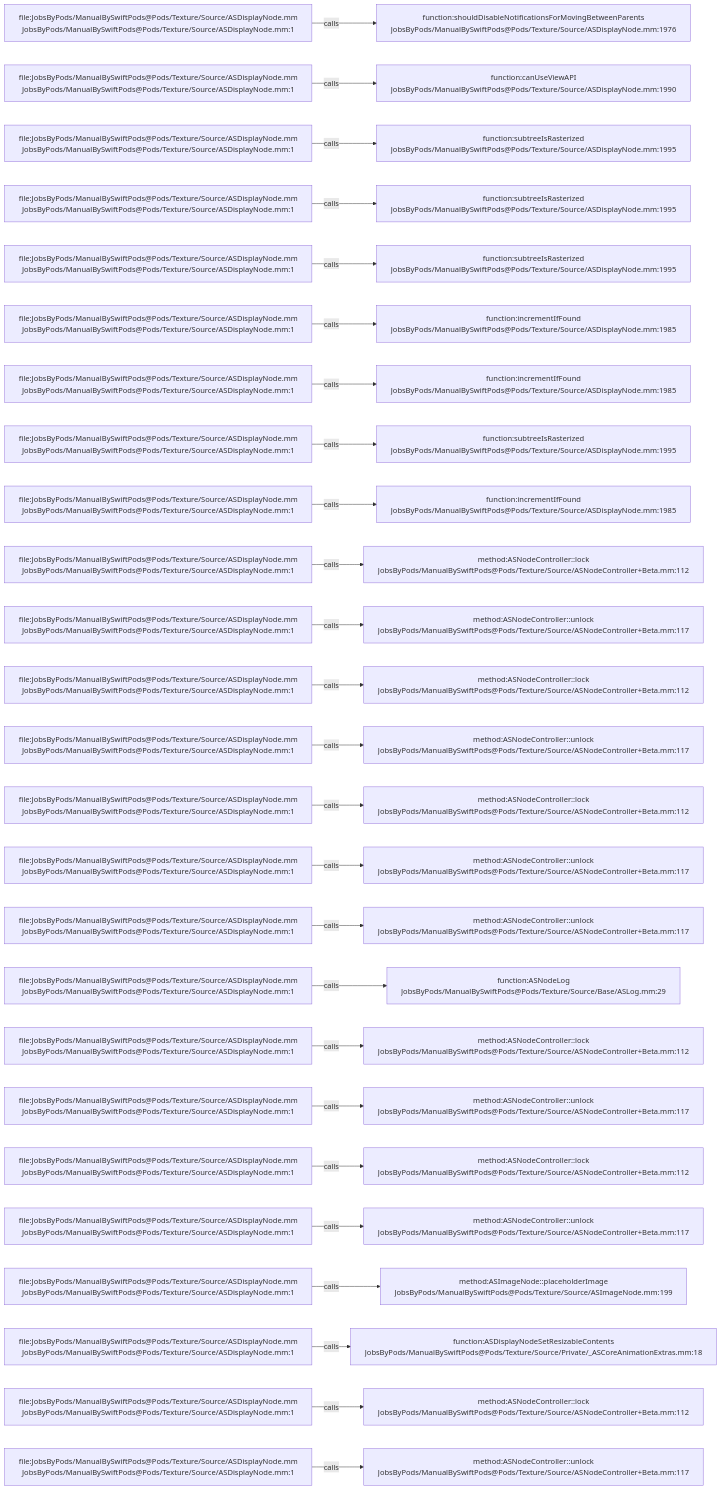
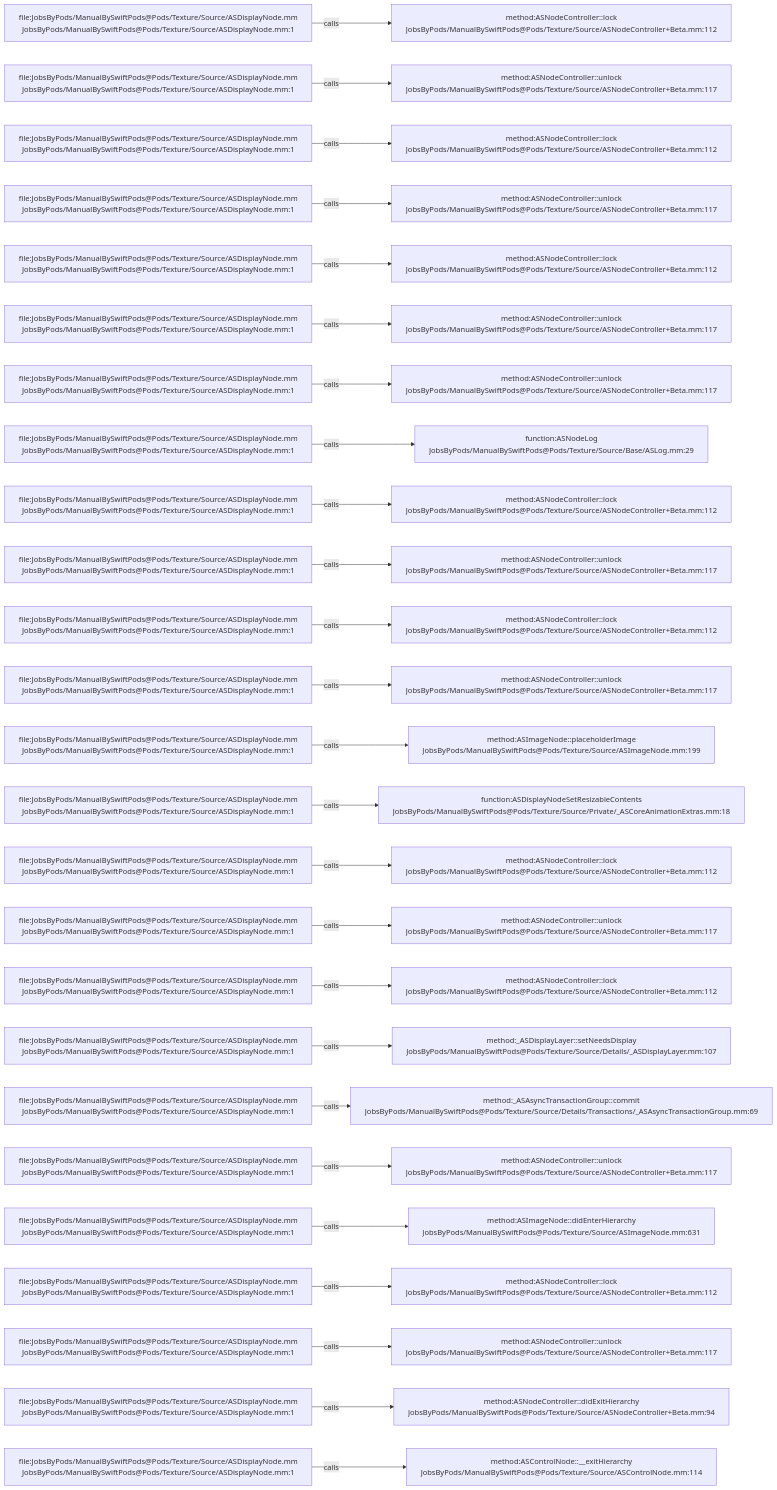
The diagram in .codegraph/codegraph.md/graphs/calls-033.md (JobsKits/JobsSwiftBaseConfigDemo), drawn with Mermaid before and after one commit. The commit also changed 707 other files, not shown here.

````diff
--- a/.codegraph/codegraph.md/graphs/calls-033.md
+++ b/.codegraph/codegraph.md/graphs/calls-033.md
@@ -13,78 +13,78 @@
 ```mermaid
 flowchart LR
   S1["file:JobsByPods/ManualBySwiftPods@Pods/Texture/Source/ASDisplayNode.mm<br/>JobsByPods/ManualBySwiftPods@Pods/Texture/Source/ASDisplayNode.mm:1"]
-  T1["function:shouldDisableNotificationsForMovingBetweenParents<br/>JobsByPods/ManualBySwiftPods@Pods/Texture/Source/ASDisplayNode.mm:1976"]
+  T1["method:ASNodeController::lock<br/>JobsByPods/ManualBySwiftPods@Pods/Texture/Source/ASNodeController+Beta.mm:112"]
   S1 -->|calls| T1
   S2["file:JobsByPods/ManualBySwiftPods@Pods/Texture/Source/ASDisplayNode.mm<br/>JobsByPods/ManualBySwiftPods@Pods/Texture/Source/ASDisplayNode.mm:1"]
-  T2["function:canUseViewAPI<br/>JobsByPods/ManualBySwiftPods@Pods/Texture/Source/ASDisplayNode.mm:1990"]
+  T2["method:ASNodeController::unlock<br/>JobsByPods/ManualBySwiftPods@Pods/Texture/Source/ASNodeController+Beta.mm:117"]
   S2 -->|calls| T2
   S3["file:JobsByPods/ManualBySwiftPods@Pods/Texture/Source/ASDisplayNode.mm<br/>JobsByPods/ManualBySwiftPods@Pods/Texture/Source/ASDisplayNode.mm:1"]
-  T3["function:subtreeIsRasterized<br/>JobsByPods/ManualBySwiftPods@Pods/Texture/Source/ASDisplayNode.mm:1995"]
+  T3["method:ASNodeController::lock<br/>JobsByPods/ManualBySwiftPods@Pods/Texture/Source/ASNodeController+Beta.mm:112"]
   S3 -->|calls| T3
   S4["file:JobsByPods/ManualBySwiftPods@Pods/Texture/Source/ASDisplayNode.mm<br/>JobsByPods/ManualBySwiftPods@Pods/Texture/Source/ASDisplayNode.mm:1"]
-  T4["function:subtreeIsRasterized<br/>JobsByPods/ManualBySwiftPods@Pods/Texture/Source/ASDisplayNode.mm:1995"]
+  T4["method:ASNodeController::unlock<br/>JobsByPods/ManualBySwiftPods@Pods/Texture/Source/ASNodeController+Beta.mm:117"]
   S4 -->|calls| T4
   S5["file:JobsByPods/ManualBySwiftPods@Pods/Texture/Source/ASDisplayNode.mm<br/>JobsByPods/ManualBySwiftPods@Pods/Texture/Source/ASDisplayNode.mm:1"]
-  T5["function:subtreeIsRasterized<br/>JobsByPods/ManualBySwiftPods@Pods/Texture/Source/ASDisplayNode.mm:1995"]
+  T5["method:ASNodeController::lock<br/>JobsByPods/ManualBySwiftPods@Pods/Texture/Source/ASNodeController+Beta.mm:112"]
   S5 -->|calls| T5
   S6["file:JobsByPods/ManualBySwiftPods@Pods/Texture/Source/ASDisplayNode.mm<br/>JobsByPods/ManualBySwiftPods@Pods/Texture/Source/ASDisplayNode.mm:1"]
-  T6["function:incrementIfFound<br/>JobsByPods/ManualBySwiftPods@Pods/Texture/Source/ASDisplayNode.mm:1985"]
+  T6["method:ASNodeController::unlock<br/>JobsByPods/ManualBySwiftPods@Pods/Texture/Source/ASNodeController+Beta.mm:117"]
   S6 -->|calls| T6
   S7["file:JobsByPods/ManualBySwiftPods@Pods/Texture/Source/ASDisplayNode.mm<br/>JobsByPods/ManualBySwiftPods@Pods/Texture/Source/ASDisplayNode.mm:1"]
-  T7["function:incrementIfFound<br/>JobsByPods/ManualBySwiftPods@Pods/Texture/Source/ASDisplayNode.mm:1985"]
+  T7["method:ASNodeController::unlock<br/>JobsByPods/ManualBySwiftPods@Pods/Texture/Source/ASNodeController+Beta.mm:117"]
   S7 -->|calls| T7
   S8["file:JobsByPods/ManualBySwiftPods@Pods/Texture/Source/ASDisplayNode.mm<br/>JobsByPods/ManualBySwiftPods@Pods/Texture/Source/ASDisplayNode.mm:1"]
-  T8["function:subtreeIsRasterized<br/>JobsByPods/ManualBySwiftPods@Pods/Texture/Source/ASDisplayNode.mm:1995"]
+  T8["function:ASNodeLog<br/>JobsByPods/ManualBySwiftPods@Pods/Texture/Source/Base/ASLog.mm:29"]
   S8 -->|calls| T8
   S9["file:JobsByPods/ManualBySwiftPods@Pods/Texture/Source/ASDisplayNode.mm<br/>JobsByPods/ManualBySwiftPods@Pods/Texture/Source/ASDisplayNode.mm:1"]
-  T9["function:incrementIfFound<br/>JobsByPods/ManualBySwiftPods@Pods/Texture/Source/ASDisplayNode.mm:1985"]
+  T9["method:ASNodeController::lock<br/>JobsByPods/ManualBySwiftPods@Pods/Texture/Source/ASNodeController+Beta.mm:112"]
   S9 -->|calls| T9
   S10["file:JobsByPods/ManualBySwiftPods@Pods/Texture/Source/ASDisplayNode.mm<br/>JobsByPods/ManualBySwiftPods@Pods/Texture/Source/ASDisplayNode.mm:1"]
-  T10["method:ASNodeController::lock<br/>JobsByPods/ManualBySwiftPods@Pods/Texture/Source/ASNodeController+Beta.mm:112"]
+  T10["method:ASNodeController::unlock<br/>JobsByPods/ManualBySwiftPods@Pods/Texture/Source/ASNodeController+Beta.mm:117"]
   S10 -->|calls| T10
   S11["file:JobsByPods/ManualBySwiftPods@Pods/Texture/Source/ASDisplayNode.mm<br/>JobsByPods/ManualBySwiftPods@Pods/Texture/Source/ASDisplayNode.mm:1"]
-  T11["method:ASNodeController::unlock<br/>JobsByPods/ManualBySwiftPods@Pods/Texture/Source/ASNodeController+Beta.mm:117"]
+  T11["method:ASNodeController::lock<br/>JobsByPods/ManualBySwiftPods@Pods/Texture/Source/ASNodeController+Beta.mm:112"]
   S11 -->|calls| T11
   S12["file:JobsByPods/ManualBySwiftPods@Pods/Texture/Source/ASDisplayNode.mm<br/>JobsByPods/ManualBySwiftPods@Pods/Texture/Source/ASDisplayNode.mm:1"]
-  T12["method:ASNodeController::lock<br/>JobsByPods/ManualBySwiftPods@Pods/Texture/Source/ASNodeController+Beta.mm:112"]
+  T12["method:ASNodeController::unlock<br/>JobsByPods/ManualBySwiftPods@Pods/Texture/Source/ASNodeController+Beta.mm:117"]
   S12 -->|calls| T12
   S13["file:JobsByPods/ManualBySwiftPods@Pods/Texture/Source/ASDisplayNode.mm<br/>JobsByPods/ManualBySwiftPods@Pods/Texture/Source/ASDisplayNode.mm:1"]
-  T13["method:ASNodeController::unlock<br/>JobsByPods/ManualBySwiftPods@Pods/Texture/Source/ASNodeController+Beta.mm:117"]
+  T13["method:ASImageNode::placeholderImage<br/>JobsByPods/ManualBySwiftPods@Pods/Texture/Source/ASImageNode.mm:199"]
   S13 -->|calls| T13
   S14["file:JobsByPods/ManualBySwiftPods@Pods/Texture/Source/ASDisplayNode.mm<br/>JobsByPods/ManualBySwiftPods@Pods/Texture/Source/ASDisplayNode.mm:1"]
-  T14["method:ASNodeController::lock<br/>JobsByPods/ManualBySwiftPods@Pods/Texture/Source/ASNodeController+Beta.mm:112"]
+  T14["function:ASDisplayNodeSetResizableContents<br/>JobsByPods/ManualBySwiftPods@Pods/Texture/Source/Private/_ASCoreAnimationExtras.mm:18"]
   S14 -->|calls| T14
   S15["file:JobsByPods/ManualBySwiftPods@Pods/Texture/Source/ASDisplayNode.mm<br/>JobsByPods/ManualBySwiftPods@Pods/Texture/Source/ASDisplayNode.mm:1"]
-  T15["method:ASNodeController::unlock<br/>JobsByPods/ManualBySwiftPods@Pods/Texture/Source/ASNodeController+Beta.mm:117"]
+  T15["method:ASNodeController::lock<br/>JobsByPods/ManualBySwiftPods@Pods/Texture/Source/ASNodeController+Beta.mm:112"]
   S15 -->|calls| T15
   S16["file:JobsByPods/ManualBySwiftPods@Pods/Texture/Source/ASDisplayNode.mm<br/>JobsByPods/ManualBySwiftPods@Pods/Texture/Source/ASDisplayNode.mm:1"]
   T16["method:ASNodeController::unlock<br/>JobsByPods/ManualBySwiftPods@Pods/Texture/Source/ASNodeController+Beta.mm:117"]
   S16 -->|calls| T16
   S17["file:JobsByPods/ManualBySwiftPods@Pods/Texture/Source/ASDisplayNode.mm<br/>JobsByPods/ManualBySwiftPods@Pods/Texture/Source/ASDisplayNode.mm:1"]
-  T17["function:ASNodeLog<br/>JobsByPods/ManualBySwiftPods@Pods/Texture/Source/Base/ASLog.mm:29"]
+  T17["method:ASNodeController::lock<br/>JobsByPods/ManualBySwiftPods@Pods/Texture/Source/ASNodeController+Beta.mm:112"]
   S17 -->|calls| T17
   S18["file:JobsByPods/ManualBySwiftPods@Pods/Texture/Source/ASDisplayNode.mm<br/>JobsByPods/ManualBySwiftPods@Pods/Texture/Source/ASDisplayNode.mm:1"]
-  T18["method:ASNodeController::lock<br/>JobsByPods/ManualBySwiftPods@Pods/Texture/Source/ASNodeController+Beta.mm:112"]
+  T18["method:_ASDisplayLayer::setNeedsDisplay<br/>JobsByPods/ManualBySwiftPods@Pods/Texture/Source/Details/_ASDisplayLayer.mm:107"]
   S18 -->|calls| T18
   S19["file:JobsByPods/ManualBySwiftPods@Pods/Texture/Source/ASDisplayNode.mm<br/>JobsByPods/ManualBySwiftPods@Pods/Texture/Source/ASDisplayNode.mm:1"]
-  T19["method:ASNodeController::unlock<br/>JobsByPods/ManualBySwiftPods@Pods/Texture/Source/ASNodeController+Beta.mm:117"]
+  T19["method:_ASAsyncTransactionGroup::commit<br/>JobsByPods/ManualBySwiftPods@Pods/Texture/Source/Details/Transactions/_ASAsyncTransactionGroup.mm:69"]
   S19 -->|calls| T19
   S20["file:JobsByPods/ManualBySwiftPods@Pods/Texture/Source/ASDisplayNode.mm<br/>JobsByPods/ManualBySwiftPods@Pods/Texture/Source/ASDisplayNode.mm:1"]
-  T20["method:ASNodeController::lock<br/>JobsByPods/ManualBySwiftPods@Pods/Texture/Source/ASNodeController+Beta.mm:112"]
+  T20["method:ASNodeController::unlock<br/>JobsByPods/ManualBySwiftPods@Pods/Texture/Source/ASNodeController+Beta.mm:117"]
   S20 -->|calls| T20
   S21["file:JobsByPods/ManualBySwiftPods@Pods/Texture/Source/ASDisplayNode.mm<br/>JobsByPods/ManualBySwiftPods@Pods/Texture/Source/ASDisplayNode.mm:1"]
-  T21["method:ASNodeController::unlock<br/>JobsByPods/ManualBySwiftPods@Pods/Texture/Source/ASNodeController+Beta.mm:117"]
+  T21["method:ASImageNode::didEnterHierarchy<br/>JobsByPods/ManualBySwiftPods@Pods/Texture/Source/ASImageNode.mm:631"]
   S21 -->|calls| T21
   S22["file:JobsByPods/ManualBySwiftPods@Pods/Texture/Source/ASDisplayNode.mm<br/>JobsByPods/ManualBySwiftPods@Pods/Texture/Source/ASDisplayNode.mm:1"]
-  T22["method:ASImageNode::placeholderImage<br/>JobsByPods/ManualBySwiftPods@Pods/Texture/Source/ASImageNode.mm:199"]
+  T22["method:ASNodeController::lock<br/>JobsByPods/ManualBySwiftPods@Pods/Texture/Source/ASNodeController+Beta.mm:112"]
   S22 -->|calls| T22
   S23["file:JobsByPods/ManualBySwiftPods@Pods/Texture/Source/ASDisplayNode.mm<br/>JobsByPods/ManualBySwiftPods@Pods/Texture/Source/ASDisplayNode.mm:1"]
-  T23["function:ASDisplayNodeSetResizableContents<br/>JobsByPods/ManualBySwiftPods@Pods/Texture/Source/Private/_ASCoreAnimationExtras.mm:18"]
+  T23["method:ASNodeController::unlock<br/>JobsByPods/ManualBySwiftPods@Pods/Texture/Source/ASNodeController+Beta.mm:117"]
   S23 -->|calls| T23
   S24["file:JobsByPods/ManualBySwiftPods@Pods/Texture/Source/ASDisplayNode.mm<br/>JobsByPods/ManualBySwiftPods@Pods/Texture/Source/ASDisplayNode.mm:1"]
-  T24["method:ASNodeController::lock<br/>JobsByPods/ManualBySwiftPods@Pods/Texture/Source/ASNodeController+Beta.mm:112"]
+  T24["method:ASNodeController::didExitHierarchy<br/>JobsByPods/ManualBySwiftPods@Pods/Texture/Source/ASNodeController+Beta.mm:94"]
   S24 -->|calls| T24
   S25["file:JobsByPods/ManualBySwiftPods@Pods/Texture/Source/ASDisplayNode.mm<br/>JobsByPods/ManualBySwiftPods@Pods/Texture/Source/ASDisplayNode.mm:1"]
-  T25["method:ASNodeController::unlock<br/>JobsByPods/ManualBySwiftPods@Pods/Texture/Source/ASNodeController+Beta.mm:117"]
+  T25["method:ASControlNode::__exitHierarchy<br/>JobsByPods/ManualBySwiftPods@Pods/Texture/Source/ASControlNode.mm:114"]
   S25 -->|calls| T25
 ```
````
